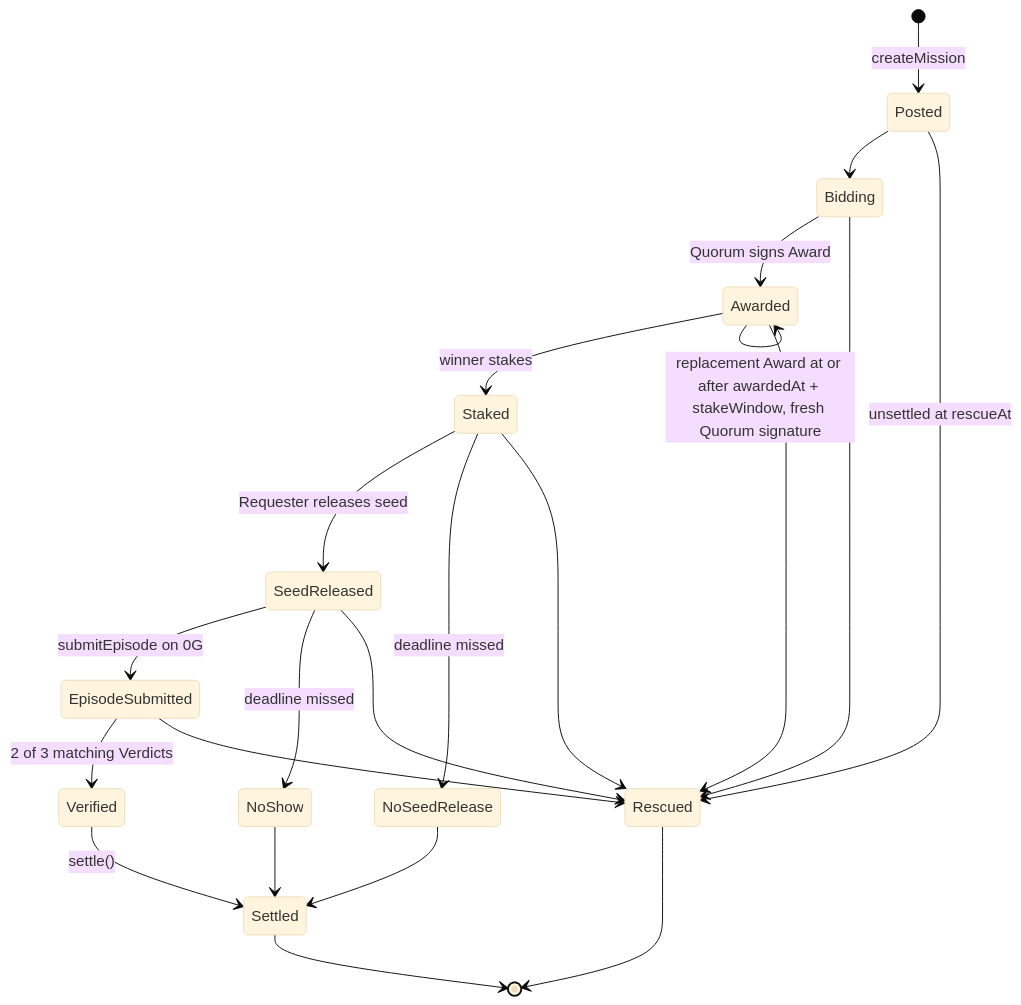
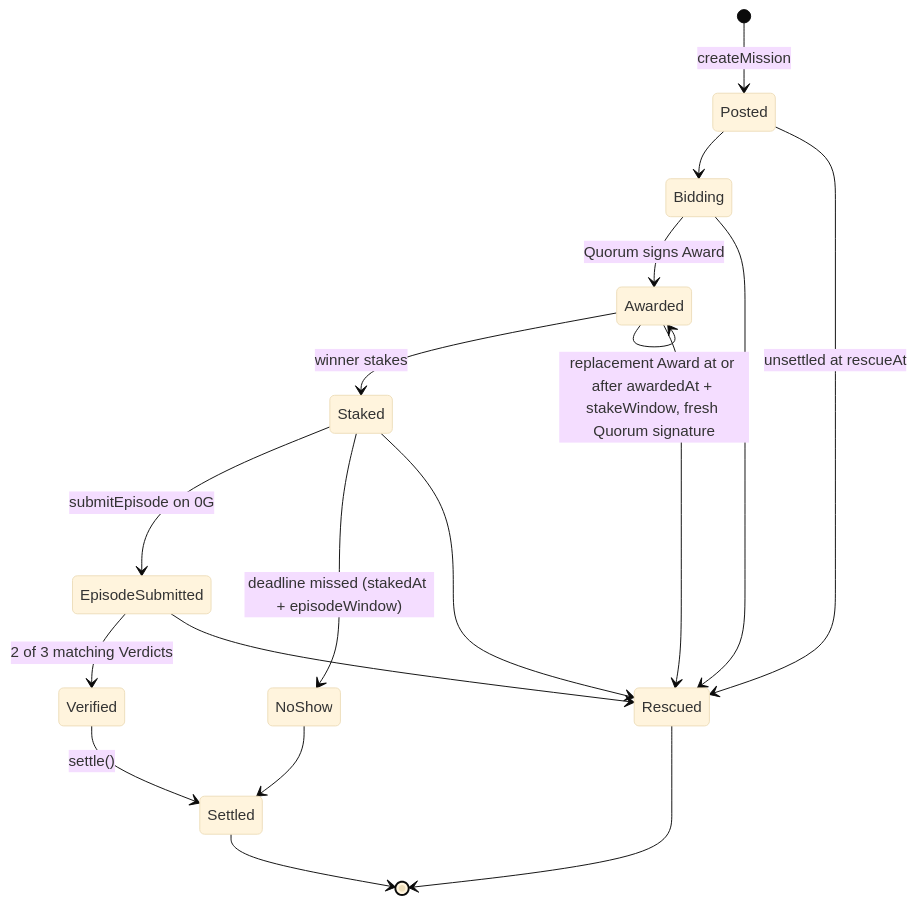
One commit to ksacheth/dewo changed the third of 4 diagrams in docs/architecture.md. Above: the diagram before and after it, drawn with Mermaid (base theme). The commit also changed other lines of this file and 15 other files, not shown here.

````diff
--- a/docs/architecture.md
+++ b/docs/architecture.md
@@ -103,24 +101,20 @@
 ```mermaid
 stateDiagram-v2
   [*] --> Posted: createMission
   Posted --> Bidding
   Bidding --> Awarded: Quorum signs Award
   Awarded --> Staked: winner stakes
   Awarded --> Awarded: replacement Award at or after awardedAt + stakeWindow, fresh Quorum signature
-  Staked --> SeedReleased: Requester releases seed
-  Staked --> NoSeedRelease: deadline missed
-  SeedReleased --> EpisodeSubmitted: submitEpisode on 0G
-  SeedReleased --> NoShow: deadline missed
+  Staked --> EpisodeSubmitted: submitEpisode on 0G
+  Staked --> NoShow: deadline missed (stakedAt + episodeWindow)
   EpisodeSubmitted --> Verified: 2 of 3 matching Verdicts
   Verified --> Settled: settle()
-  NoSeedRelease --> Settled
   NoShow --> Settled
   Settled --> [*]
   Posted --> Rescued: unsettled at rescueAt
   Bidding --> Rescued
   Awarded --> Rescued
   Staked --> Rescued
-  SeedReleased --> Rescued
   EpisodeSubmitted --> Rescued
   Rescued --> [*]
 ```
````
